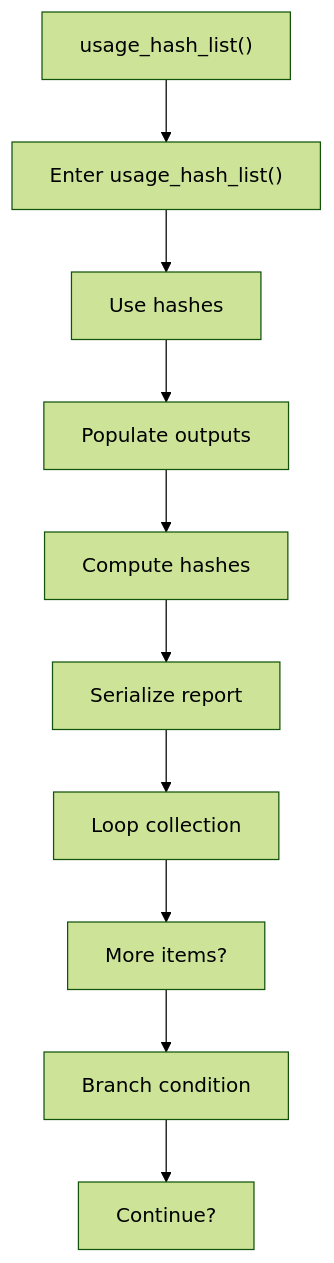
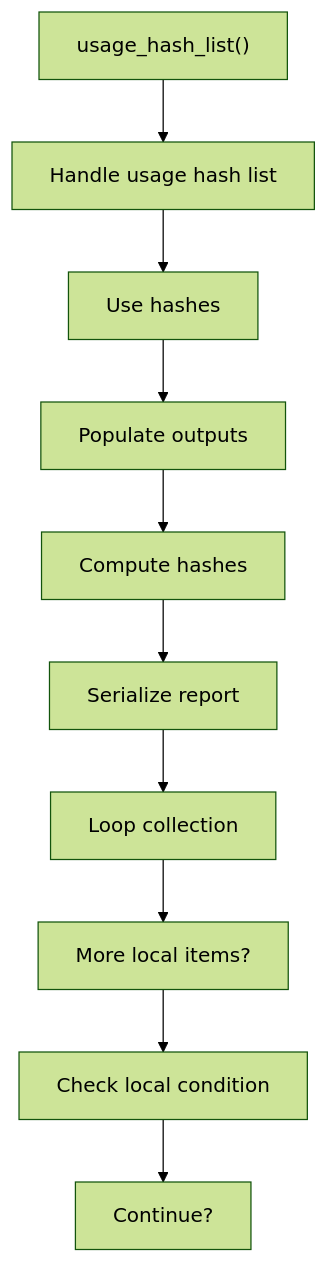
The first of 2 diagrams in docs/Codebase/Microservice/Modules/Source/HashingMechanism/ReverseMerkle/Flow/functions/usage_hash_list.cpp.md (JohnAndrewBalbarosa/NeoTerritory), drawn with Mermaid (forest theme) before and after one commit. The commit also changed other lines of this file and 925 other files, not shown here.

````diff
--- a/docs/Codebase/Microservice/Modules/Source/HashingMechanism/ReverseMerkle/Flow/functions/usage_hash_list.cpp.md
+++ b/docs/Codebase/Microservice/Modules/Source/HashingMechanism/ReverseMerkle/Flow/functions/usage_hash_list.cpp.md
@@ -28,22 +28,22 @@
 ```mermaid
 flowchart TD
     N0["usage_hash_list()"]
-    N1["Enter usage_hash_list()"]
+    N1["Handle usage hash list"]
     N2["Use hashes"]
     N3["Populate outputs"]
     N4["Compute hashes"]
     N5["Serialize report"]
     N6["Loop collection"]
-    N7["More items?"]
-    N8["Branch condition"]
+    N7["More local items?"]
+    N8["Check local condition"]
     N9["Continue?"]
     N0 --> N1
     N1 --> N2
     N2 --> N3
     N3 --> N4
     N4 --> N5
     N5 --> N6
     N6 --> N7
     N7 --> N8
     N8 --> N9
 ```
````
